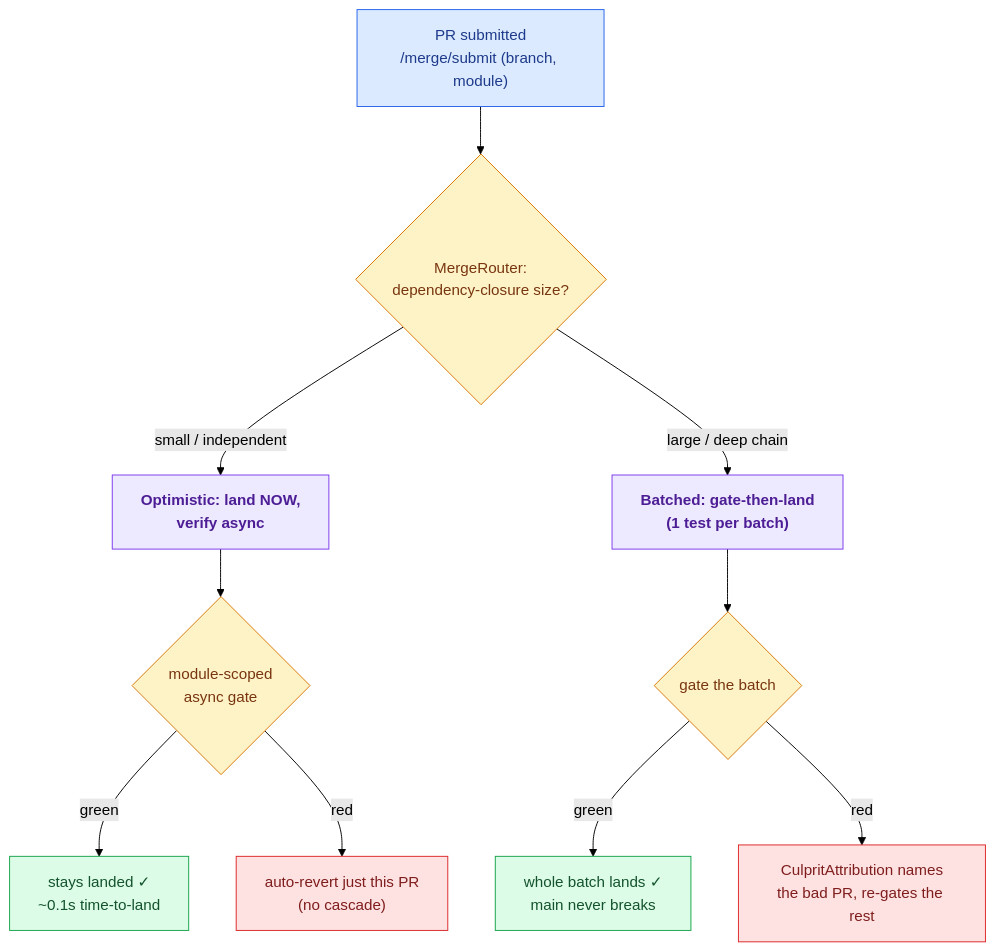
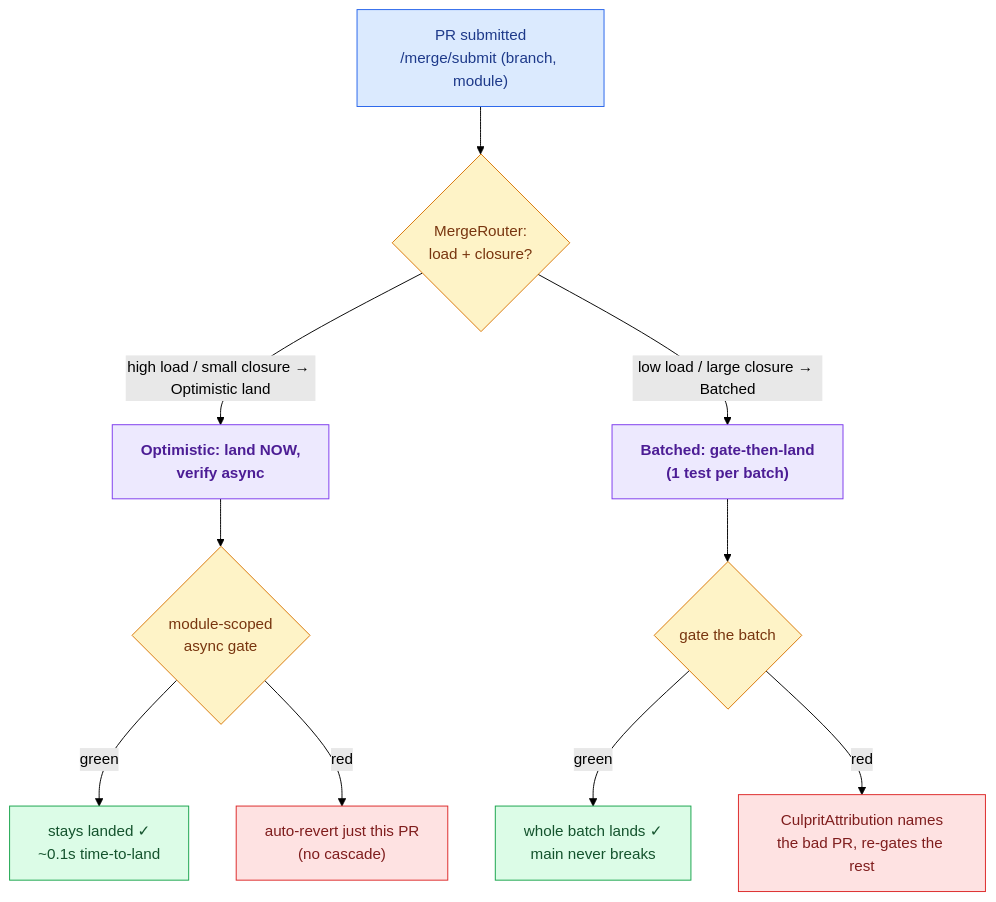
Before and after one commit to alexanderpaquette-byte/arxael: the ninth of 9 diagrams in docs/OVERVIEW.md, drawn with Mermaid (forest theme). The commit also changed other lines of this file and 31 other files, not shown here.

First line of the commit message:
v1.1.2 — self-tuning merge routing (balanced/auto adapts to load, box, config)

````diff
--- a/docs/OVERVIEW.md
+++ b/docs/OVERVIEW.md
@@ -297,21 +289,21 @@
 ```mermaid
 flowchart TB
-    pr["PR submitted<br/>/merge/submit (branch, module)"]:::agent --> router{"MergeRouter:<br/>dependency-closure size?"}:::gate
+    pr["PR submitted<br/>/merge/submit (branch, module)"]:::agent --> router{"MergeRouter:<br/>load + closure?"}:::gate
 
-    router -->|"small / independent"| opt["Optimistic: land NOW,<br/>verify async"]:::core
-    router -->|"large / deep chain"| batch["Batched: gate-then-land<br/>(1 test per batch)"]:::core
+    router -->|"high load / small closure → Optimistic land"| opt["Optimistic: land NOW,<br/>verify async"]:::core
+    router -->|"low load / large closure → Batched"| batch["Batched: gate-then-land<br/>(1 test per batch)"]:::core
 
     opt --> ascan{"module-scoped<br/>async gate"}:::gate
     ascan -->|green| done1["stays landed ✓<br/>~0.1s time-to-land"]:::good
     ascan -->|red| revert["auto-revert just this PR<br/>(no cascade)"]:::bad
 
     batch --> bgate{"gate the batch"}:::gate
     bgate -->|green| done2["whole batch lands ✓<br/>main never breaks"]:::good
     bgate -->|red| culprit["CulpritAttribution names<br/>the bad PR, re-gates the rest"]:::bad
 
     classDef agent fill:#dbeafe,stroke:#2563eb,color:#1e3a8a
     classDef gate fill:#fef3c7,stroke:#d97706,color:#78350f
     classDef core fill:#ede9fe,stroke:#7c3aed,color:#4c1d95,font-weight:bold
     classDef good fill:#dcfce7,stroke:#16a34a,color:#14532d
     classDef bad fill:#fee2e2,stroke:#dc2626,color:#7f1d1d
 ```
````
